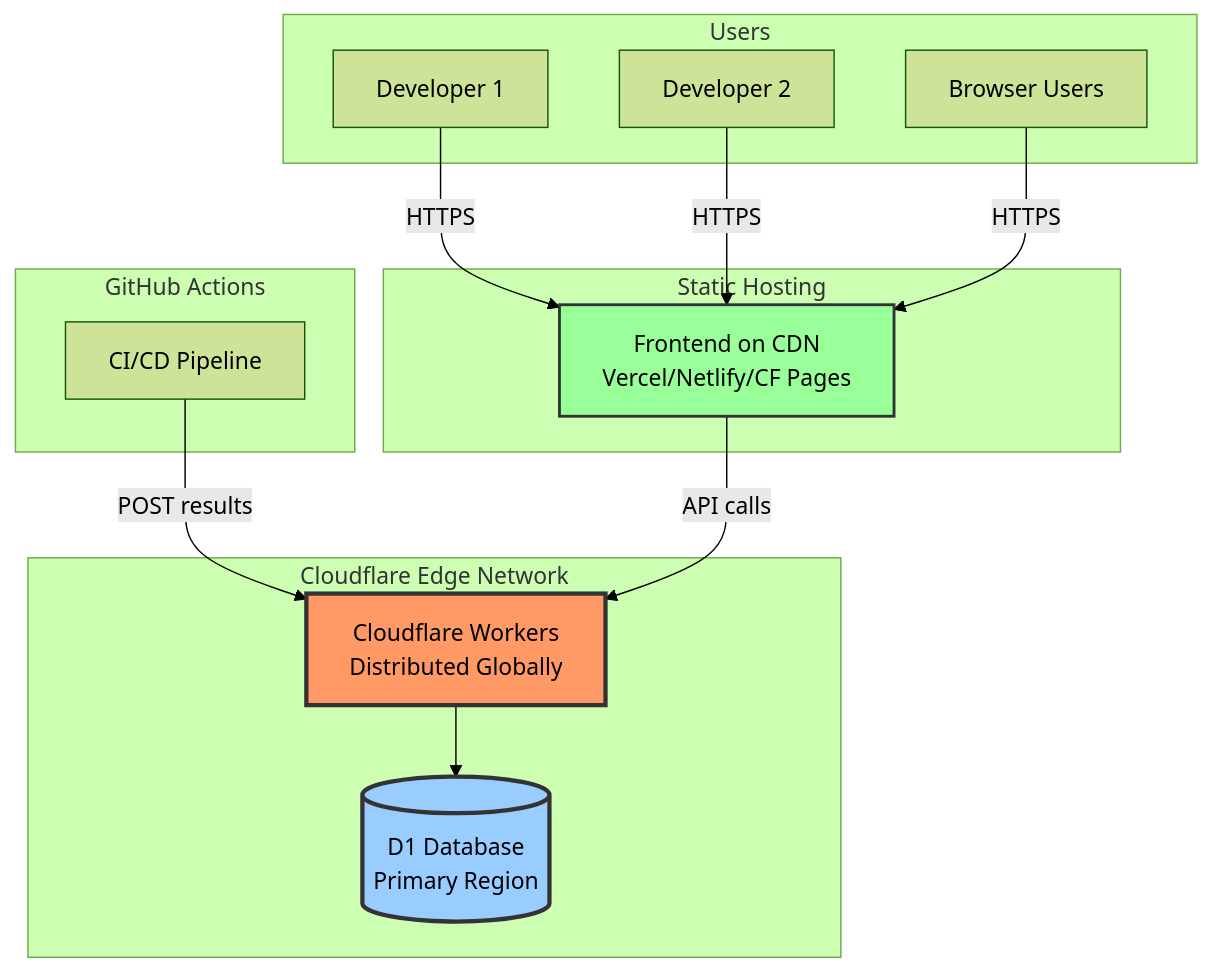
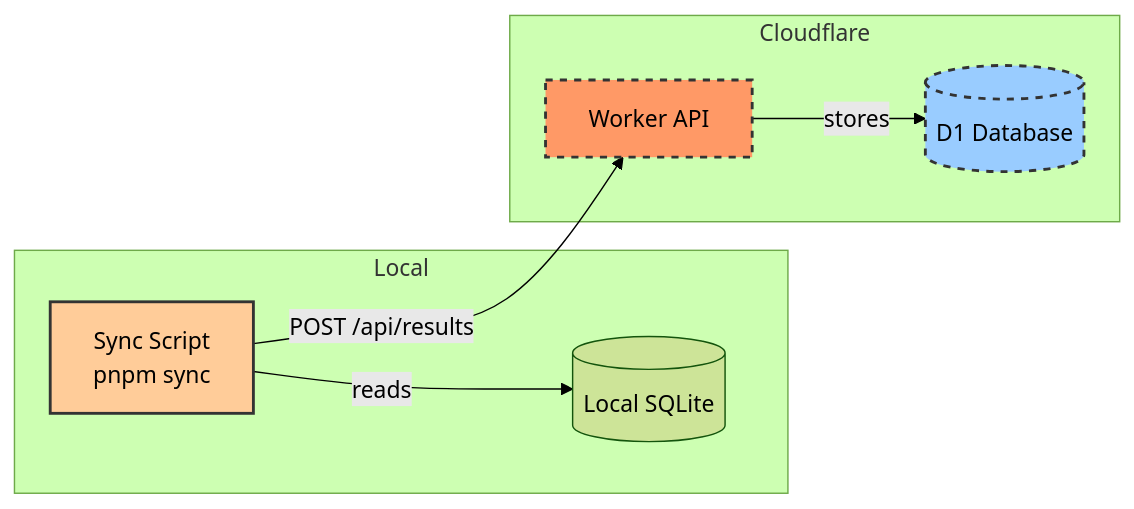
The sixth of 19 diagrams in ARCHITECTURE.md (ZephyrCloudIO/ze-benchmarks), drawn with Mermaid (forest theme) before and after one commit. The commit also changed other lines of this file and 10 other files, not shown here.

````diff
--- a/ARCHITECTURE.md
+++ b/ARCHITECTURE.md
@@ -290,33 +239,20 @@
 ```mermaid
-graph TB
-    subgraph "GitHub Actions"
-        GH[CI/CD Pipeline]
+graph LR
+    subgraph "Local"
+        DB[(Local SQLite)]
+        SYNC[Sync Script<br/>pnpm sync]
     end
 
-    subgraph "Cloudflare Edge Network"
-        CF[Cloudflare Workers<br/>Distributed Globally]
-        D1P[(D1 Database<br/>Primary Region)]
+    subgraph "Cloudflare"
+        WORKER[Worker API]
+        D1[(D1 Database)]
     end
 
-    subgraph "Static Hosting"
-        CDN[Frontend on CDN<br/>Vercel/Netlify/CF Pages]
-    end
+    SYNC -->|reads| DB
+    SYNC -->|POST /api/results| WORKER
+    WORKER -->|stores| D1
 
-    subgraph "Users"
-        U1[Developer 1]
-        U2[Developer 2]
-        U3[Browser Users]
-    end
-
-    GH -->|POST results| CF
-    CF --> D1P
-
-    U1 -->|HTTPS| CDN
-    U2 -->|HTTPS| CDN
-    U3 -->|HTTPS| CDN
-    CDN -->|API calls| CF
-
-    style CF fill:#f96,stroke:#333,stroke-width:3px
-    style D1P fill:#9cf,stroke:#333,stroke-width:3px
-    style CDN fill:#9f9,stroke:#333,stroke-width:2px
+    style SYNC fill:#fc9,stroke:#333,stroke-width:2px
+    style WORKER fill:#f96,stroke:#333,stroke-width:2px,stroke-dasharray: 5 5
+    style D1 fill:#9cf,stroke:#333,stroke-width:2px,stroke-dasharray: 5 5
 ```
````
